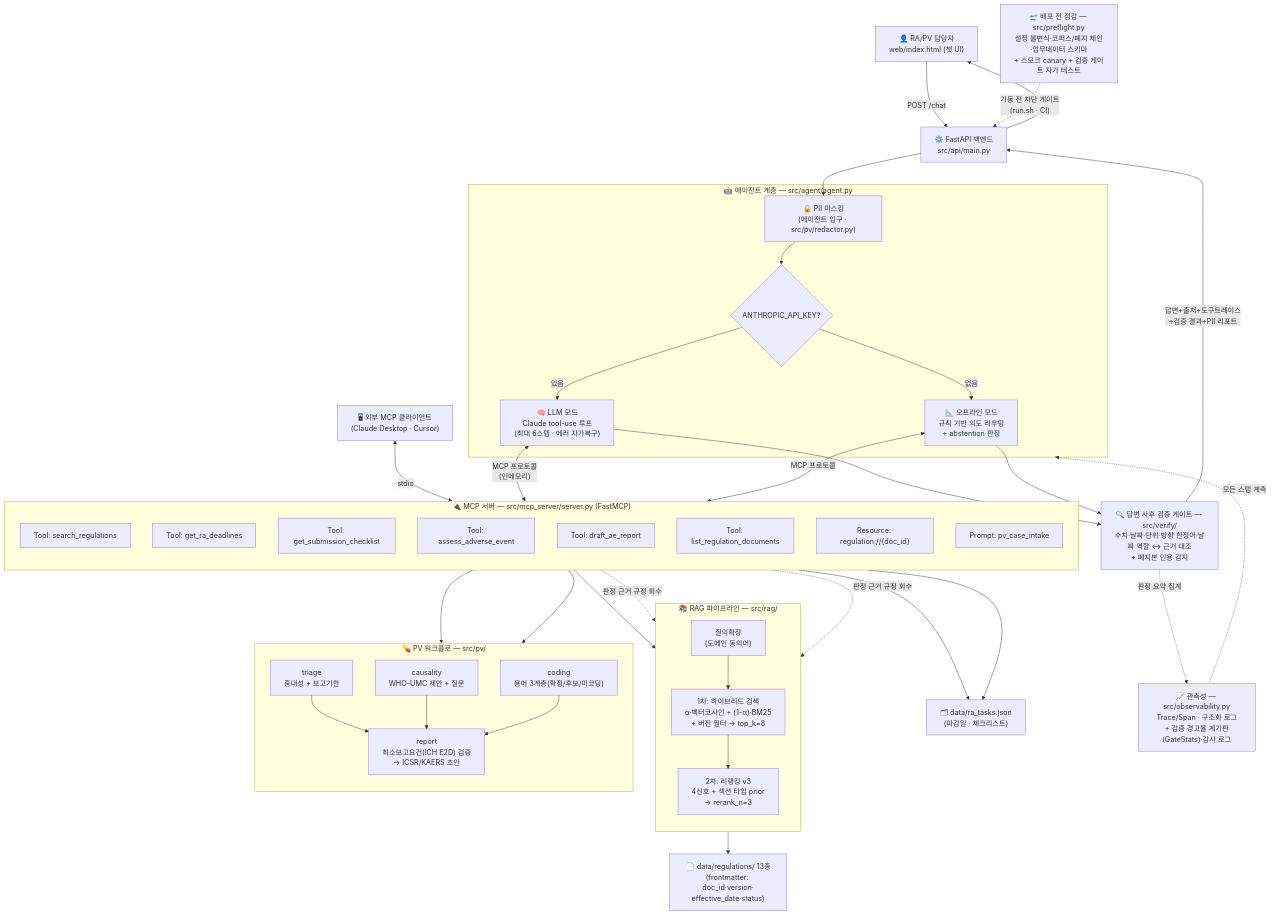
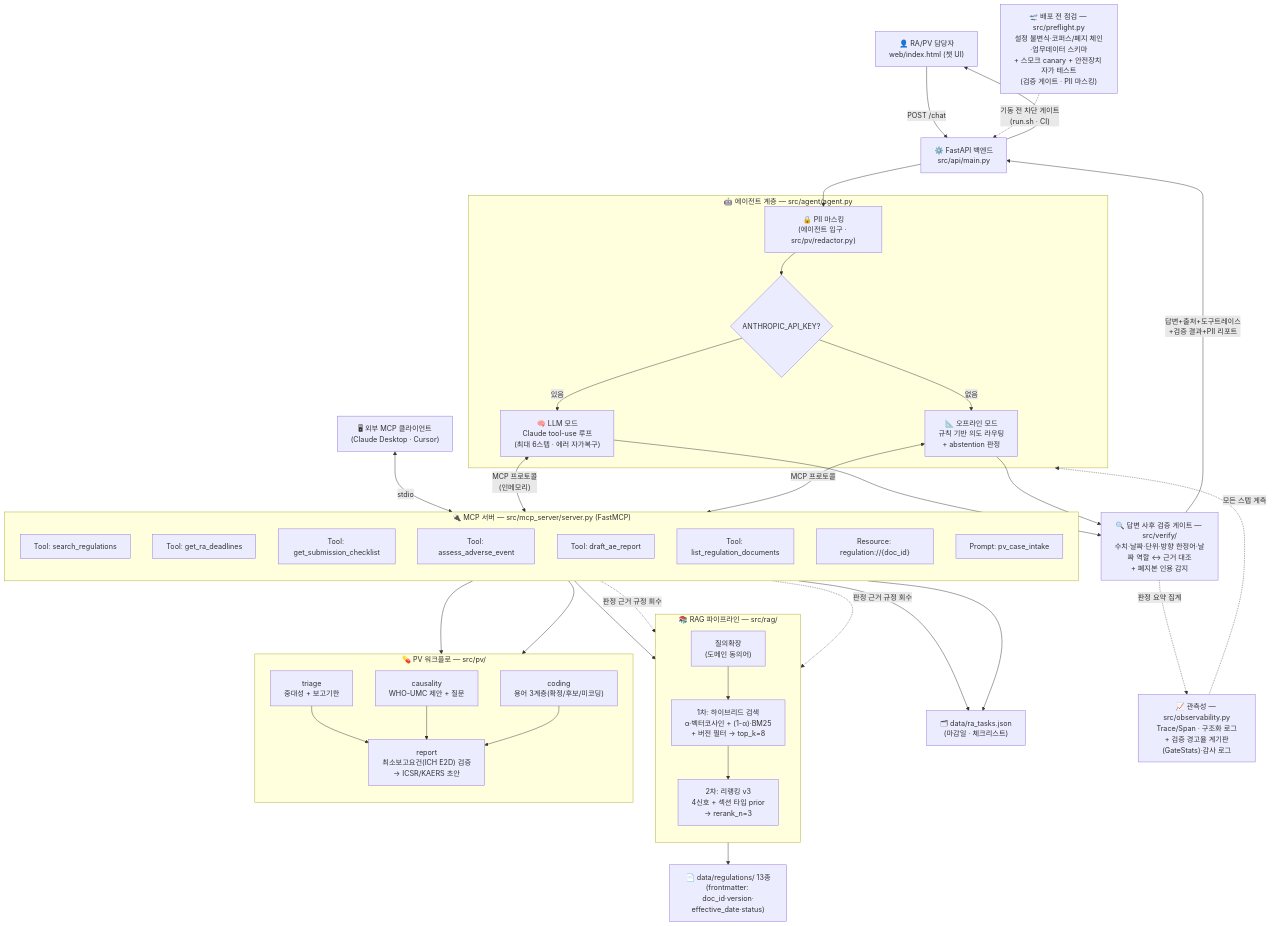
Before and after one commit to chaeyoo/letsgogc: the first of 4 diagrams in project/description/아키텍처.md, drawn with Mermaid. The commit also changed other lines of this file and 17 other files, not shown here.

First line of the commit message:
FDE·검증 관점 강화 v2: 조용한 실패 경로 제거 + PII 심층방어 + 안전장치 자가 테스트 대칭화

````diff
--- a/project/description/아키텍처.md
+++ b/project/description/아키텍처.md
@@ -10,61 +10,61 @@
 ```mermaid
 flowchart TB
     U["👤 RA/PV 담당자<br/>web/index.html (챗 UI)"] -->|"POST /chat"| API["⚙️ FastAPI 백엔드<br/>src/api/main.py"]
     EXT["🖥 외부 MCP 클라이언트<br/>(Claude Desktop · Cursor)"] <-->|"stdio"| MCP
 
     API --> RED["🔒 PII 마스킹<br/>(에이전트 입구 · src/pv/redactor.py)"]
 
     subgraph AGENT["🤖 에이전트 계층 — src/agent/agent.py"]
         RED --> MODE{"ANTHROPIC_API_KEY?"}
         MODE -->|있음| LLMM["🧠 LLM 모드<br/>Claude tool-use 루프<br/>(최대 6스텝 · 에러 자가복구)"]
         MODE -->|없음| OFF["📐 오프라인 모드<br/>규칙 기반 의도 라우팅<br/>+ abstention 판정"]
     end
 
     LLMM <-->|"MCP 프로토콜<br/>(인메모리)"| MCP
     OFF <-->|"MCP 프로토콜"| MCP
 
     subgraph MCP["🔌 MCP 서버 — src/mcp_server/server.py (FastMCP)"]
         direction TB
         T1["Tool: search_regulations"]
         T2["Tool: get_ra_deadlines"]
         T3["Tool: get_submission_checklist"]
         T4["Tool: assess_adverse_event"]
         T5["Tool: draft_ae_report"]
         T6["Tool: list_regulation_documents"]
         R1["Resource: regulation://{doc_id}"]
         P1["Prompt: pv_case_intake"]
     end
 
     T1 --> RAGP
     T4 --> PVW
     T5 --> PVW
     T4 -.->|"판정 근거 규정 회수"| RAGP
     T5 -.->|"판정 근거 규정 회수"| RAGP
     T2 --> DB["🗂 data/ra_tasks.json<br/>(마감일 · 체크리스트)"]
     T3 --> DB
 
     subgraph RAGP["📚 RAG 파이프라인 — src/rag/"]
         direction TB
         QE["질의확장<br/>(도메인 동의어)"] --> HY["1차: 하이브리드 검색<br/>α·벡터코사인 + (1-α)·BM25<br/>+ 버전 필터 → top_k=8"]
         HY --> RR["2차: 리랭킹 v3<br/>4신호 + 섹션 타입 prior<br/>→ rerank_n=3"]
     end
 
     subgraph PVW["💊 PV 워크플로 — src/pv/"]
         direction TB
         TR["triage<br/>중대성 + 보고기한"] --> RP["report<br/>최소보고요건(ICH E2D) 검증<br/>→ ICSR/KAERS 초안"]
         CA["causality<br/>WHO-UMC 제안 + 질문"] --> RP
         CO["coding<br/>용어 3계층(확정/후보/미코딩)"] --> RP
     end
 
     RAGP --> DOCS["📄 data/regulations/ 13종<br/>(frontmatter: doc_id·version·<br/>effective_date·status)"]
 
     LLMM --> VER
     OFF --> VER
     VER["🔍 답변 사후 검증 게이트 — src/verify/<br/>수치·날짜·단위·방향 한정어·날짜 역할 ↔ 근거 대조<br/>+ 폐지본 인용 감지"] -->|"답변+출처+도구트레이스<br/>+검증 결과+PII 리포트"| API
     API --> U
 
     OBS["📈 관측성 — src/observability.py<br/>Trace/Span · 구조화 로그<br/>+ 검증 경고율 계기판(GateStats)·감사 로그"] -.모든 스텝 계측.-> AGENT
     VER -. 판정 요약 집계 .-> OBS
 
-    PRE["🛫 배포 전 점검 — src/preflight.py<br/>설정 불변식·코퍼스/폐지 체인·업무데이터 스키마<br/>+ 스모크 canary + 검증 게이트 자가 테스트"] -. "기동 전 차단 게이트<br/>(run.sh · CI)" .-> API
+    PRE["🛫 배포 전 점검 — src/preflight.py<br/>설정 불변식·코퍼스/폐지 체인·업무데이터 스키마<br/>+ 스모크 canary + 안전장치 자가 테스트<br/>(검증 게이트 · PII 마스킹)"] -. "기동 전 차단 게이트<br/>(run.sh · CI)" .-> API
 ```
````
